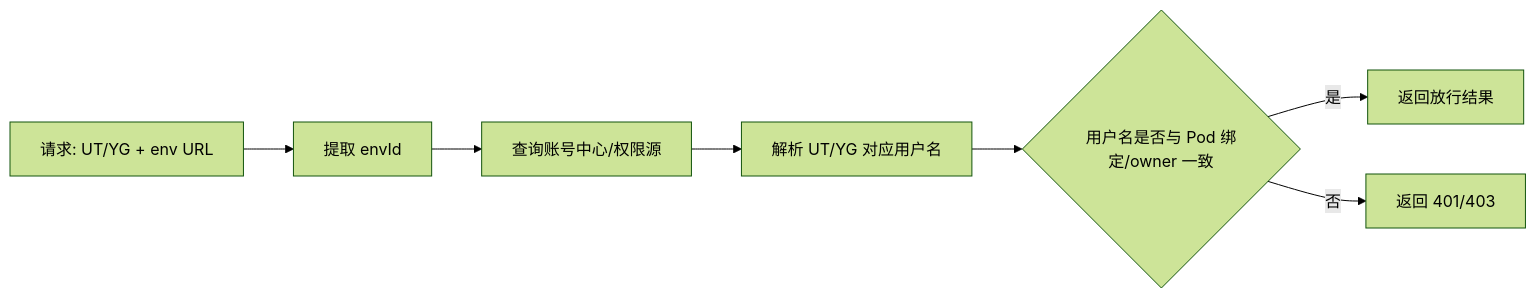
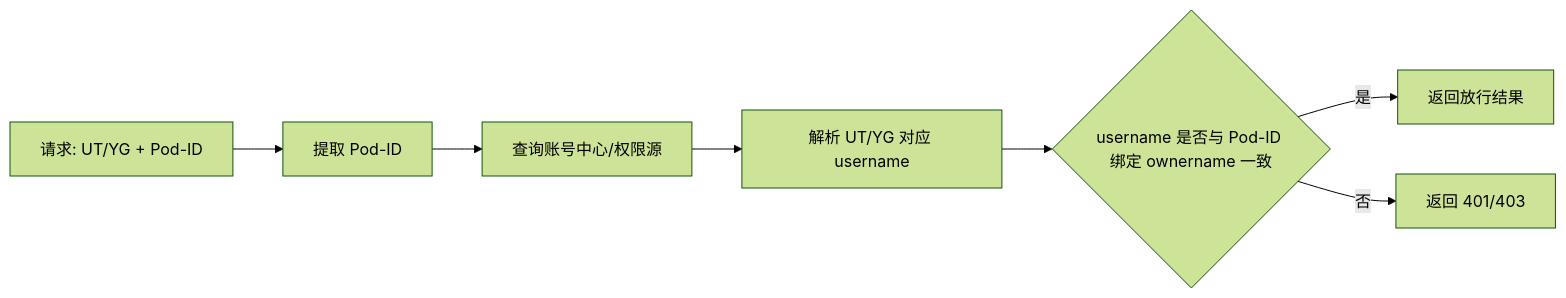
Before and after one commit to GeorgeCao-hw/backlog-test: the second of 3 diagrams in opensourceways/backlog/issue_docs/151/Architecture Desgin/#151 Architecture Design Specification.md, drawn with Mermaid (forest theme). The commit also changed other lines of this file and 1 other file, not shown here.

````diff
--- a/opensourceways/backlog/issue_docs/151/Architecture Desgin/#151 Architecture Design Specification.md
+++ b/opensourceways/backlog/issue_docs/151/Architecture Desgin/#151 Architecture Design Specification.md
@@ -43,9 +43,9 @@
 ```mermaid
 flowchart LR
-    Req[请求: UT/YG + env URL] --> Extract[提取 envId]
+    Req[请求: UT/YG + Pod-ID] --> Extract[提取 Pod-ID]
     Extract --> Query[查询账号中心/权限源]
-    Query --> UserName[解析 UT/YG 对应用户名]
-    UserName --> Verify{用户名是否与 Pod 绑定/owner 一致}
+    Query --> UserName[解析 UT/YG 对应 username]
+    UserName --> Verify{username 是否与 Pod-ID 绑定 ownername 一致}
     Verify -- 是 --> Allow[返回放行结果]
     Verify -- 否 --> Deny[返回 401/403]
 ```
````
